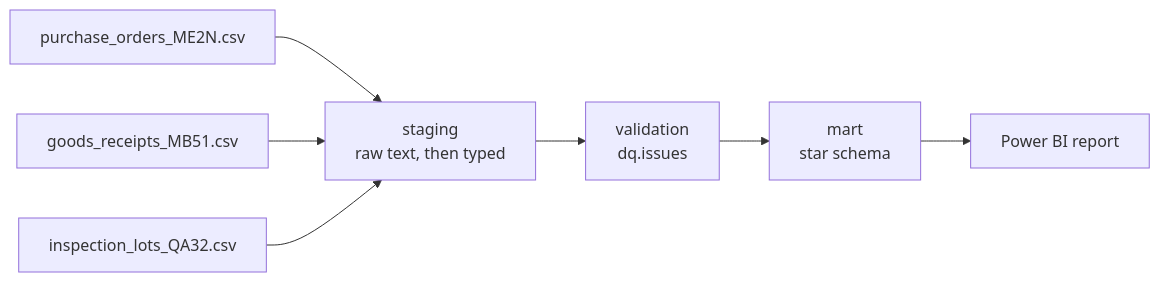
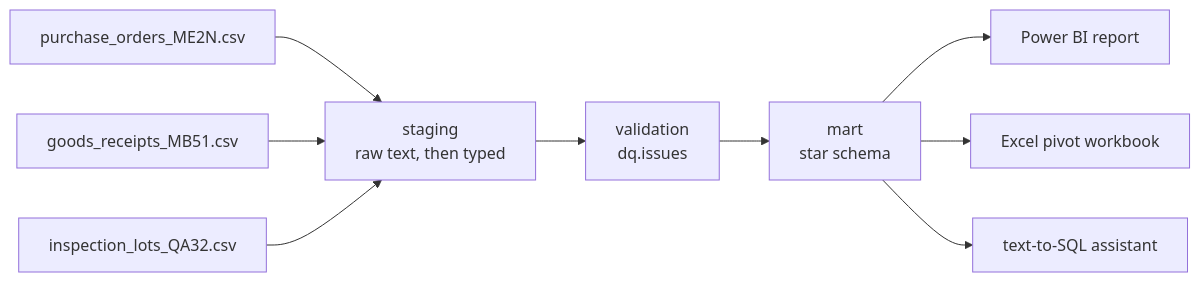
The first of 2 diagrams in README.md (can-ayhan/supplier-delivery-scorecard), drawn with Mermaid before and after one commit. The commit also changed other lines of this file and 1 other file, not shown here.

First line of the commit message:
Document the Excel workbook and the assistant in the README

````diff
--- a/README.md
+++ b/README.md
@@ -13,9 +13,11 @@
 ```mermaid
 flowchart LR
     A[purchase_orders_ME2N.csv] --> S
     B[goods_receipts_MB51.csv] --> S
     C[inspection_lots_QA32.csv] --> S
     S[staging<br/>raw text, then typed] --> V[validation<br/>dq.issues]
     V --> M[mart<br/>star schema]
     M --> P[Power BI report]
+    M --> X[Excel pivot workbook]
+    M --> Q[text-to-SQL assistant]
 ```
````
